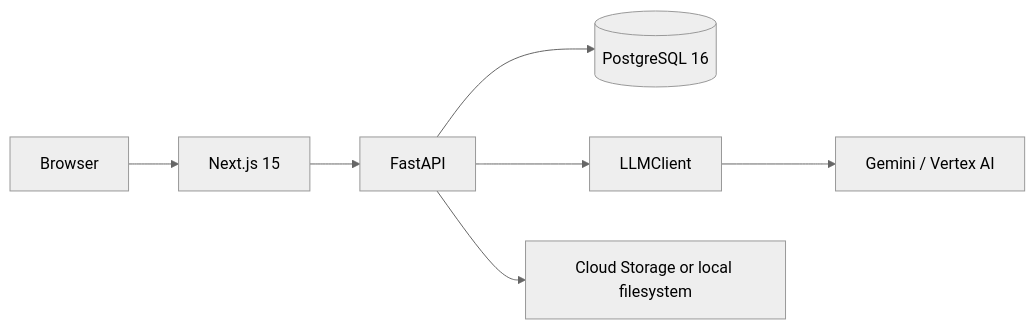
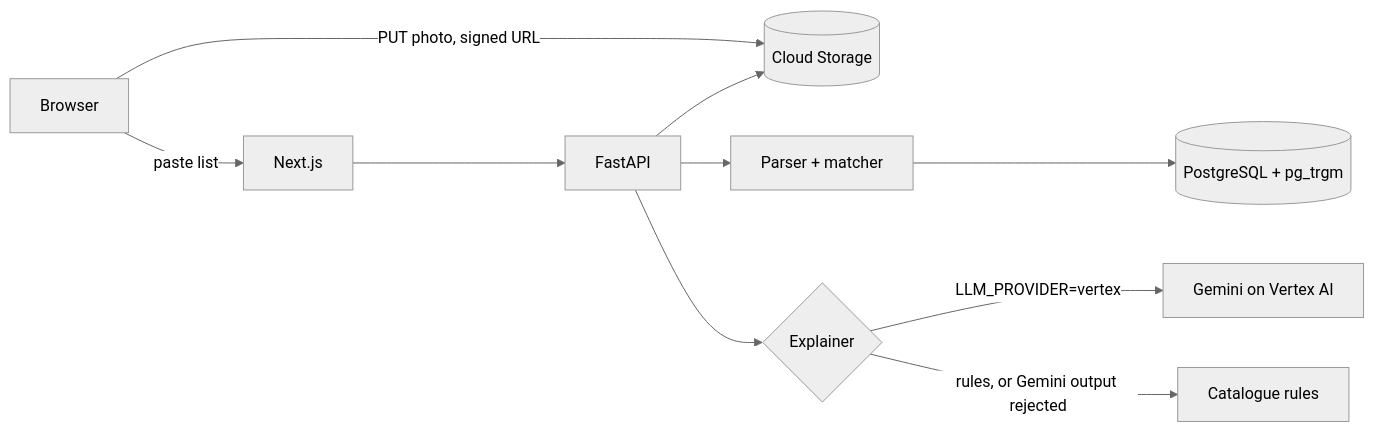
One commit to RITIKA-SHARMAA/skincare-ingredient-advisor changed the diagram in README.md. Above: the diagram before and after it, drawn with Mermaid (neutral theme). The commit also changed other lines of this file and 5 other files, not shown here.

First line of the commit message:
Document architecture, measured query plans and real test results

````diff
--- a/README.md
+++ b/README.md
@@ -9,9 +18,12 @@
 ```mermaid
 flowchart LR
-  Browser --> Web[Next.js 15]
+  Browser -->|paste list| Web[Next.js]
+  Browser -->|PUT photo, signed URL| GCS[(Cloud Storage)]
   Web --> API[FastAPI]
-  API --> DB[(PostgreSQL 16)]
-  API --> LLM[LLMClient]
-  LLM --> Vertex[Gemini / Vertex AI]
-  API --> Bucket[Cloud Storage or local filesystem]
+  API --> Parser[Parser + matcher]
+  Parser --> PG[(PostgreSQL + pg_trgm)]
+  API --> Explain{Explainer}
+  Explain -->|LLM_PROVIDER=vertex| Gemini[Gemini on Vertex AI]
+  Explain -->|rules, or Gemini output rejected| Rules[Catalogue rules]
+  API --> GCS
 ```
````
